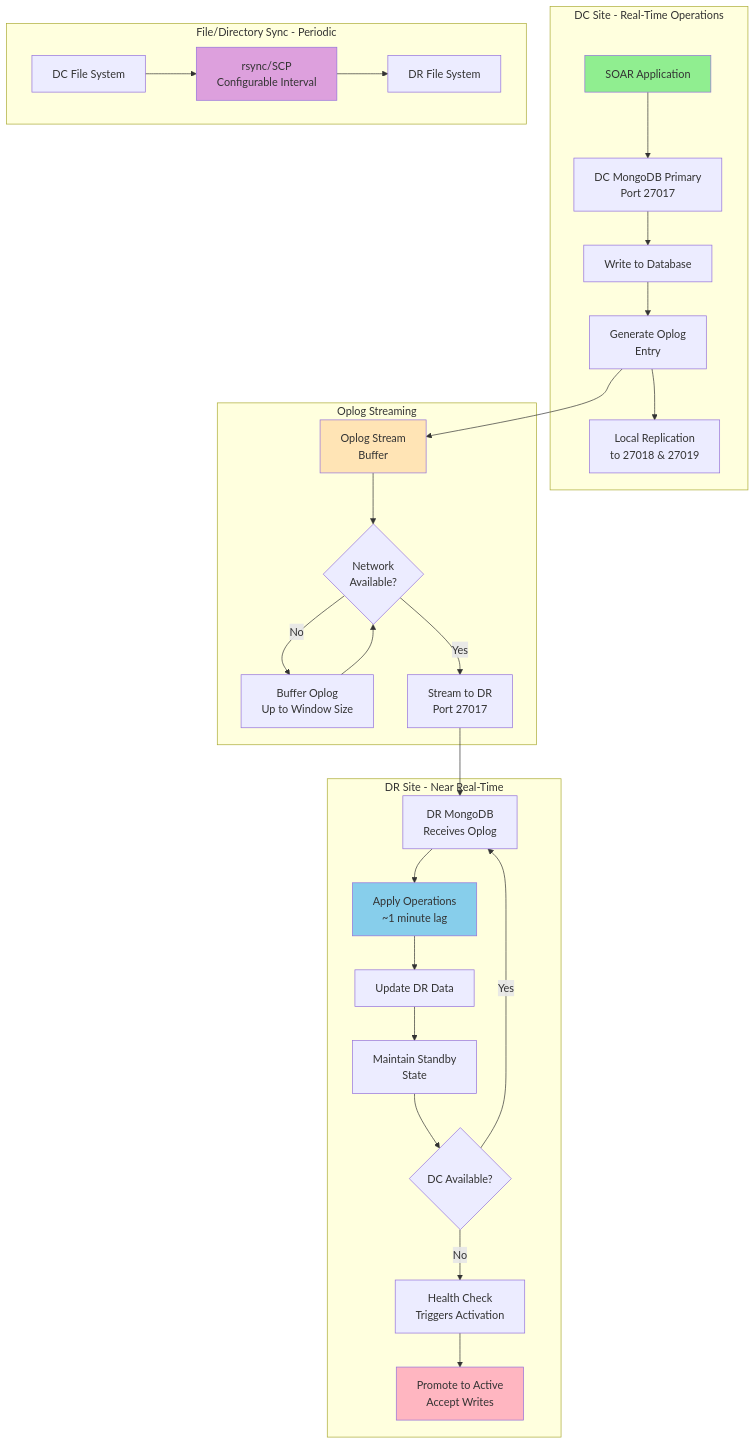
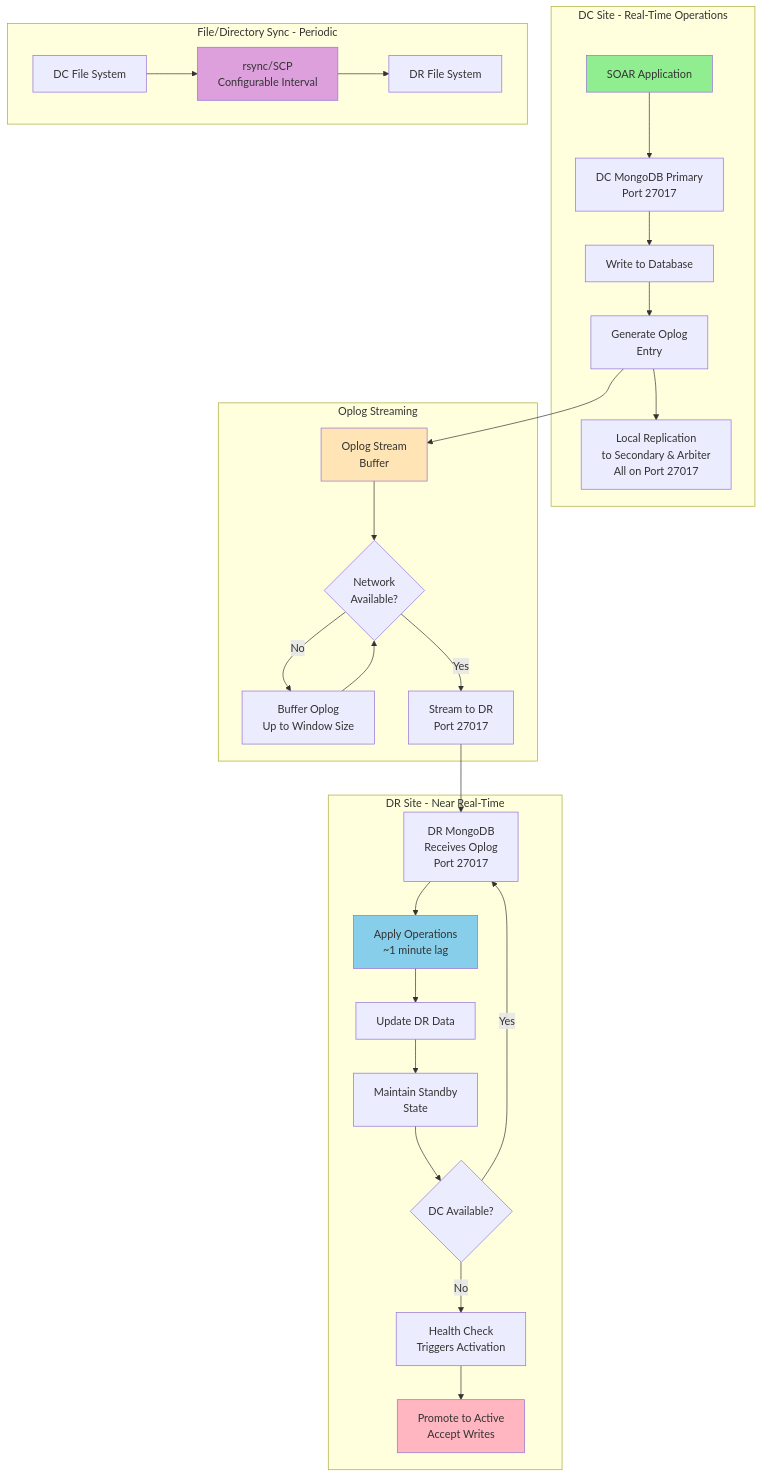
Before and after one commit to Vishwa0220/customers-docs: the ninth of 12 diagrams in HA_DR_Architecture_Documentation_dt.md, drawn with Mermaid. The commit also changed other lines of this file, not shown here.

````diff
--- a/HA_DR_Architecture_Documentation_dt.md
+++ b/HA_DR_Architecture_Documentation_dt.md
@@ -532,39 +537,39 @@
 ```mermaid
 graph TB
     subgraph "DC Site - Real-Time Operations"
         A[SOAR Application] --> B[DC MongoDB Primary<br/>Port 27017]
         B --> C[Write to Database]
         C --> D[Generate Oplog<br/>Entry]
-        D --> E[Local Replication<br/>to 27018 & 27019]
+        D --> E[Local Replication<br/>to Secondary & Arbiter<br/>All on Port 27017]
     end
     
     subgraph "Oplog Streaming"
         D --> F[Oplog Stream<br/>Buffer]
         F --> G{Network<br/>Available?}
         G -->|No| H[Buffer Oplog<br/>Up to Window Size]
         H --> G
         G -->|Yes| I[Stream to DR<br/>Port 27017]
     end
     
     subgraph "DR Site - Near Real-Time"
-        I --> J[DR MongoDB<br/>Receives Oplog]
+        I --> J[DR MongoDB<br/>Receives Oplog<br/>Port 27017]
         J --> K[Apply Operations<br/>~1 minute lag]
         K --> L[Update DR Data]
         L --> M[Maintain Standby<br/>State]
         M --> N{DC Available?}
         N -->|Yes| J
         N -->|No| O[Health Check<br/>Triggers Activation]
         O --> P[Promote to Active<br/>Accept Writes]
     end
     
     subgraph "File/Directory Sync - Periodic"
         Q[DC File System] --> R[rsync/SCP<br/>Configurable Interval]
         R --> S[DR File System]
     end
     
     style A fill:#90EE90
     style F fill:#FFE4B5
     style K fill:#87CEEB
     style P fill:#FFB6C1
     style R fill:#DDA0DD
 ```
````
